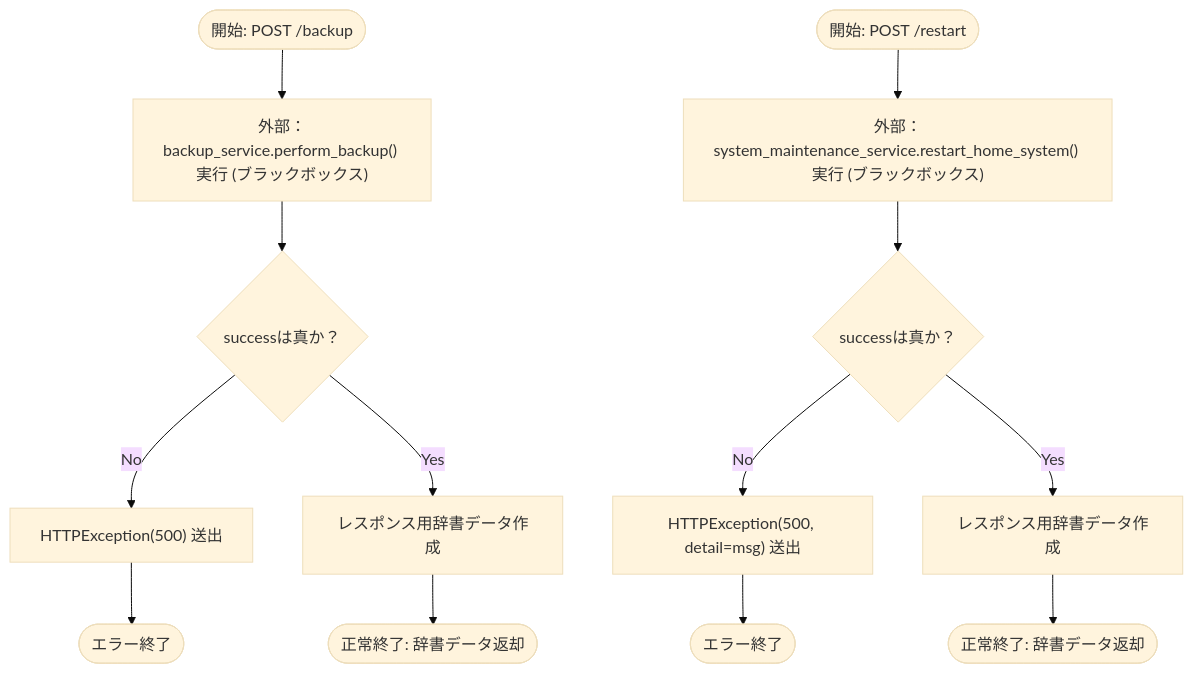
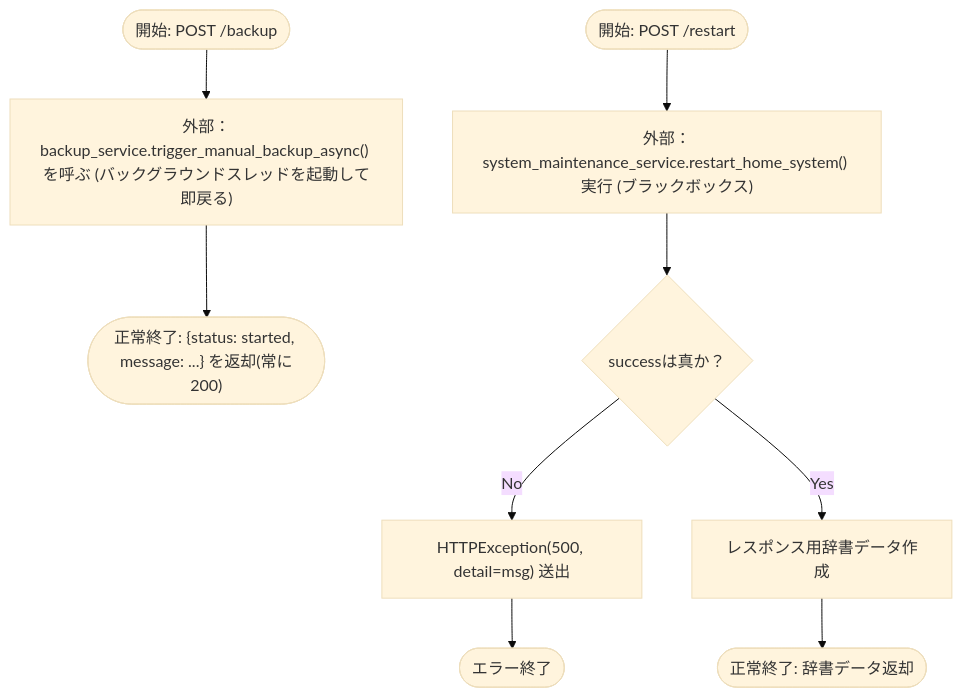
The first of 2 diagrams in docs/specifications/MY_HOME_SYSTEM/system_router.md (mmtigers/my_python_project), drawn with Mermaid (base theme) before and after one commit. The commit also changed other lines of this file and 19 other files, not shown here.

````diff
--- a/docs/specifications/MY_HOME_SYSTEM/system_router.md
+++ b/docs/specifications/MY_HOME_SYSTEM/system_router.md
@@ -108,17 +109,13 @@
 ```mermaid
 flowchart TD
-    Start([開始: POST /backup]) --> A["外部：backup_service.perform_backup() 実行 (ブラックボックス)"]
-    A --> B{"successは真か？"}
-    B -- No --> C["HTTPException(500) 送出"]
-    C --> Error([エラー終了])
-    B -- Yes --> D["レスポンス用辞書データ作成"]
-    D --> End([正常終了: 辞書データ返却])
+    Start([開始: POST /backup]) --> A["外部：backup_service.trigger_manual_backup_async() を呼ぶ (バックグラウンドスレッドを起動して即戻る)"]
+    A --> End(["正常終了: {status: started, message: ...} を返却(常に200)"])
 
     Start2([開始: POST /restart]) --> A2["外部：system_maintenance_service.restart_home_system() 実行 (ブラックボックス)"]
     A2 --> B2{"successは真か？"}
     B2 -- No --> C2["HTTPException(500, detail=msg) 送出"]
     C2 --> Error2([エラー終了])
     B2 -- Yes --> D2["レスポンス用辞書データ作成"]
     D2 --> End2([正常終了: 辞書データ返却])
 
 ```
````
